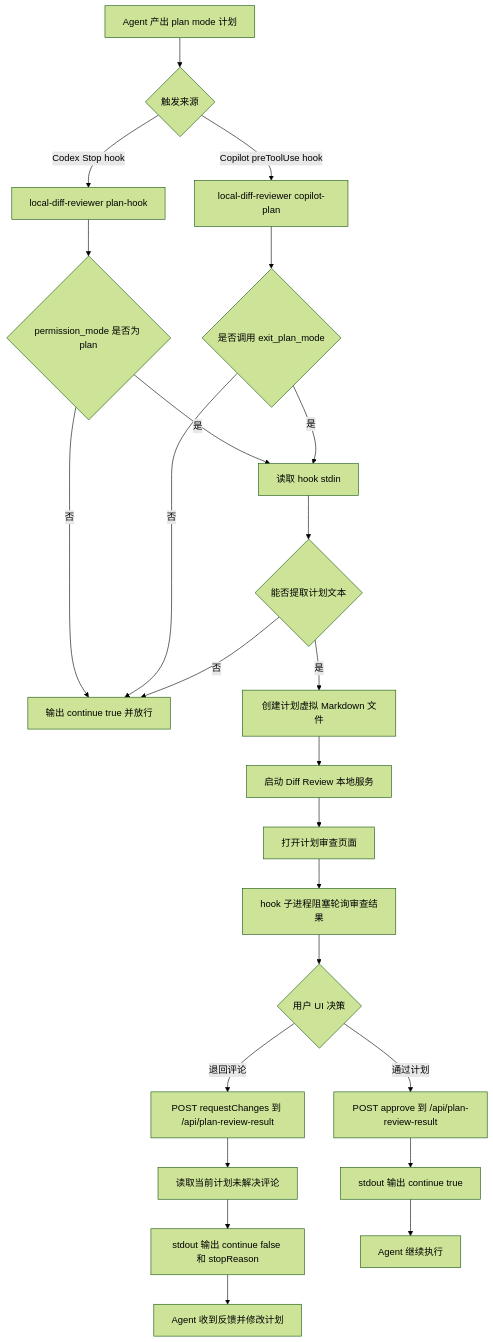
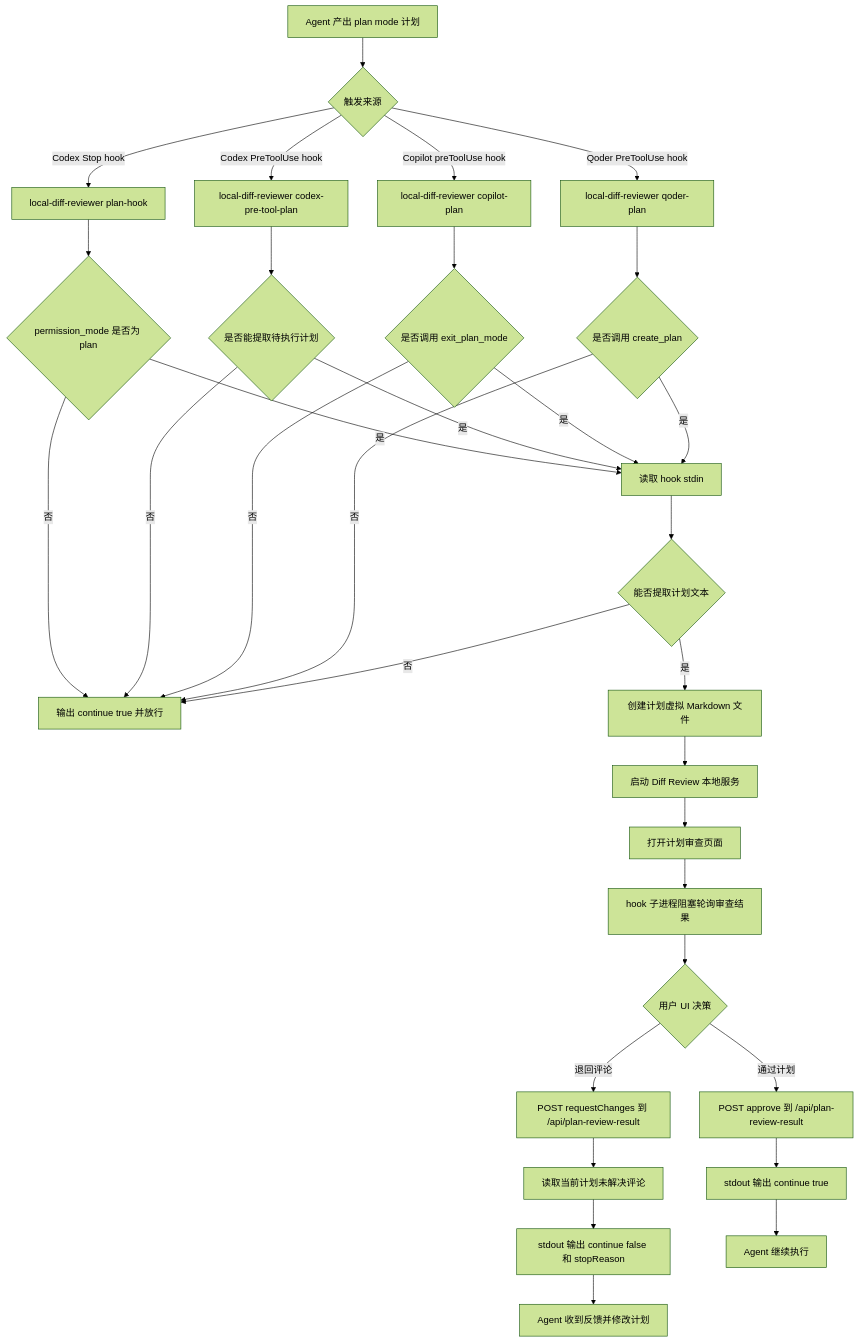
The diagram in docs/plan-mode-hooks.md (Mone-Lee/diff-review), drawn with Mermaid (forest theme) before and after one commit. The commit also changed other lines of this file and 5 other files, not shown here.

Commit message:
feat: support pre-tool plan review hooks

````diff
--- a/docs/plan-mode-hooks.md
+++ b/docs/plan-mode-hooks.md
@@ -105,34 +163,43 @@
 ```mermaid
 flowchart TD
   Agent[Agent 产出 plan mode 计划] --> Entry{触发来源}
 
   Entry -->|Codex Stop hook| CodexHook[local-diff-reviewer plan-hook]
+  Entry -->|Codex PreToolUse hook| CodexPreToolHook[local-diff-reviewer codex-pre-tool-plan]
   Entry -->|Copilot preToolUse hook| CopilotHook[local-diff-reviewer copilot-plan]
+  Entry -->|Qoder PreToolUse hook| QoderHook[local-diff-reviewer qoder-plan]
 
   CodexHook --> CodexCheck{permission_mode 是否为 plan}
+  CodexPreToolHook --> CodexPreToolCheck{是否能提取待执行计划}
   CodexCheck -->|否| Pass[输出 continue true 并放行]
   CodexCheck -->|是| ReadInput[读取 hook stdin]
+  CodexPreToolCheck -->|否| Pass
+  CodexPreToolCheck -->|是| ReadInput
 
   CopilotHook --> CopilotCheck{是否调用 exit_plan_mode}
   CopilotCheck -->|否| Pass
   CopilotCheck -->|是| ReadInput
+
+  QoderHook --> QoderCheck{是否调用 create_plan}
+  QoderCheck -->|否| Pass
+  QoderCheck -->|是| ReadInput
 
   ReadInput --> Extract{能否提取计划文本}
   Extract -->|否| Pass
   Extract -->|是| VirtualFile[创建计划虚拟 Markdown 文件]
 
   VirtualFile --> Server[启动 Diff Review 本地服务]
   Server --> Browser[打开计划审查页面]
   Browser --> Wait[hook 子进程阻塞轮询审查结果]
 
   Wait --> Review{用户 UI 决策}
   Review -->|通过计划| Approve[POST approve 到 /api/plan-review-result]
   Review -->|退回评论| RequestChanges[POST requestChanges 到 /api/plan-review-result]
 
   Approve --> Continue[stdout 输出 continue true]
   RequestChanges --> CollectComments[读取当前计划未解决评论]
   CollectComments --> Stop[stdout 输出 continue false 和 stopReason]
 
   Continue --> AgentContinue[Agent 继续执行]
   Stop --> AgentRevise[Agent 收到反馈并修改计划]
 ```
````
